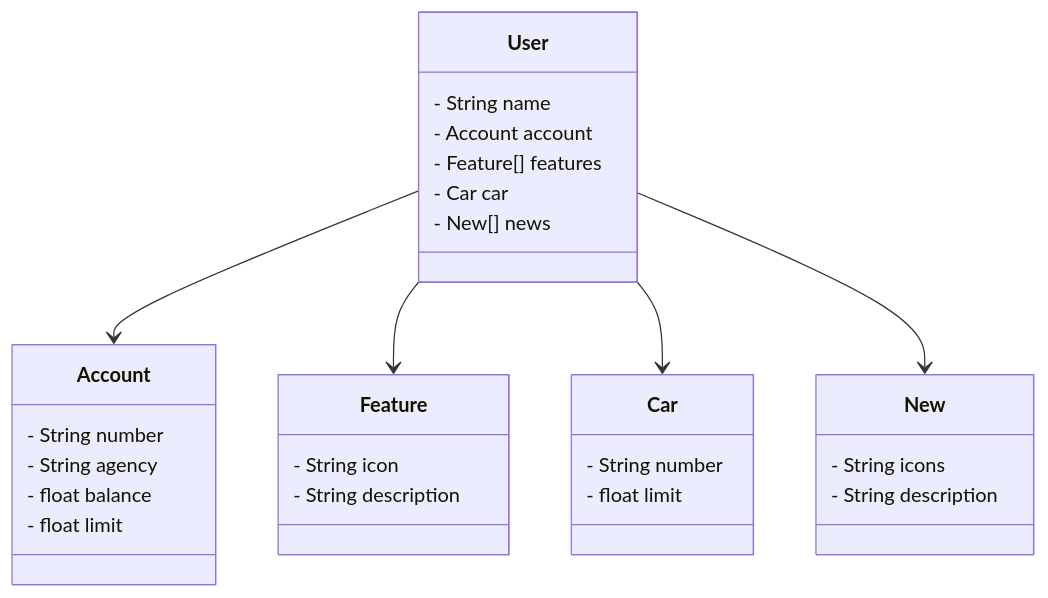
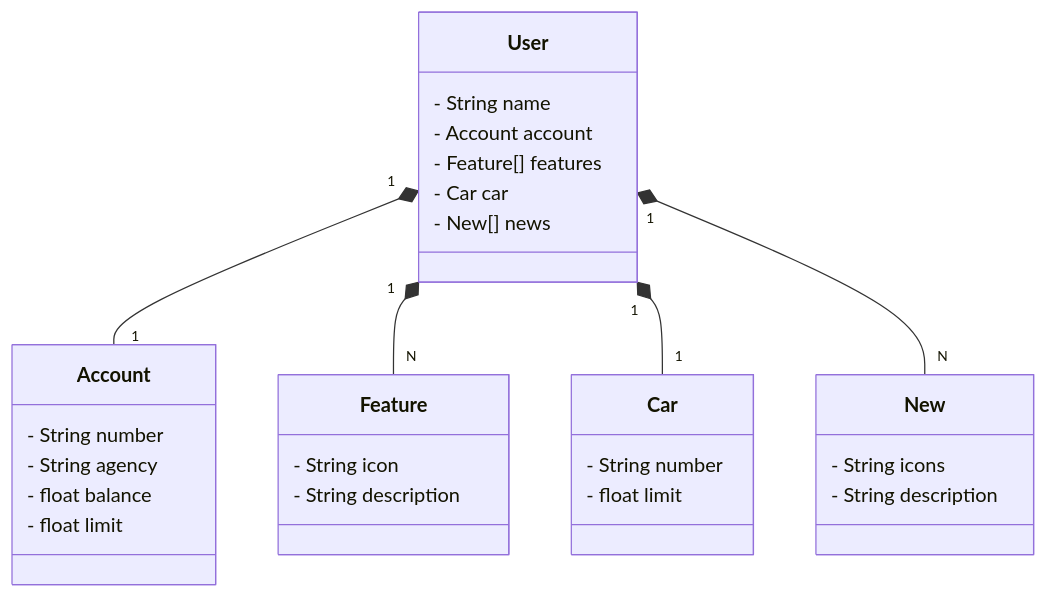
Before and after one commit to rbbarreto/Santander-dev-week-2024: the diagram in README.md, drawn with Mermaid.

````diff
--- a/README.md
+++ b/README.md
@@ -6,37 +6,37 @@
 ``` mermaid
 classDiagram
     class User {
         - String name
         - Account account
         - Feature[] features
         - Car car
         - New[] news
     }
 
     class Account {
         - String number
         - String agency
         - float balance
         - float limit
     }
 
     class Feature {
         - String icon
         - String description
     }
 
     class Car {
         - String number
         - float limit
     }
 
     class New {
         - String icons
         - String description
     }
 
-    User --> Account
-    User --> Feature
-    User --> Car
-    User --> New
+    User "1" *-- "1" Account
+    User "1" *-- "N" Feature
+    User "1" *-- "1" Car
+    User "1" *-- "N" New
    ```
````
